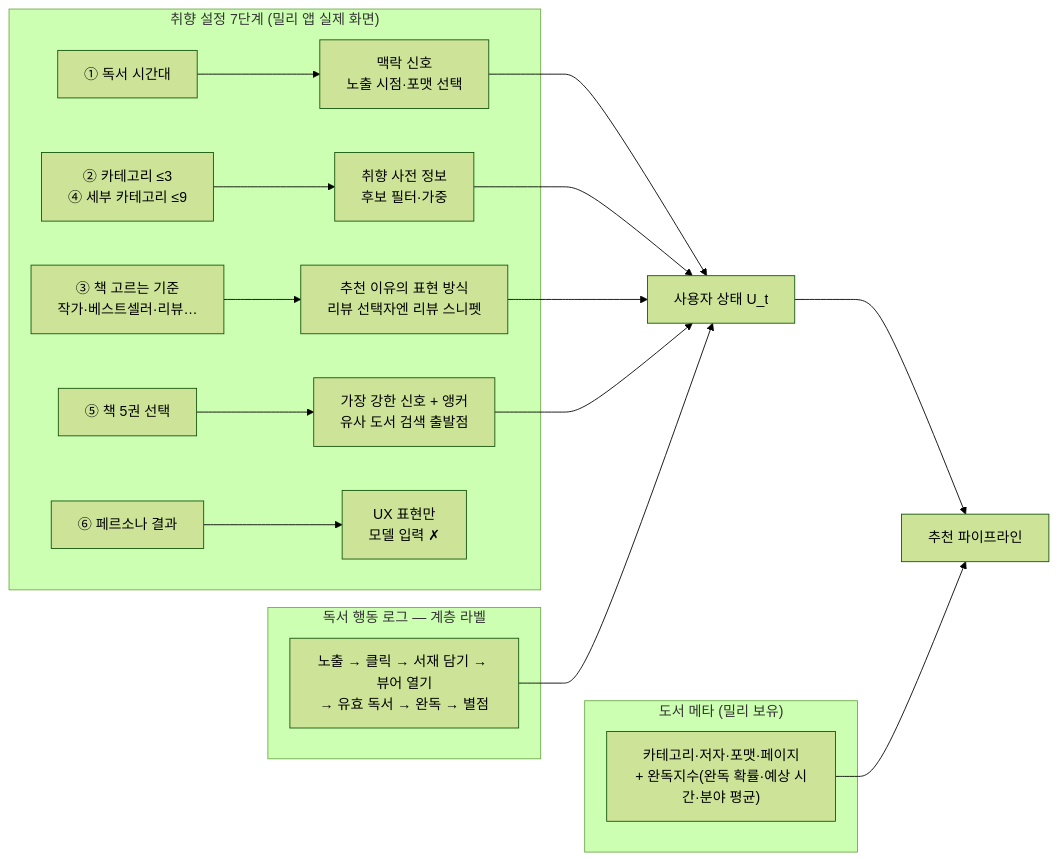
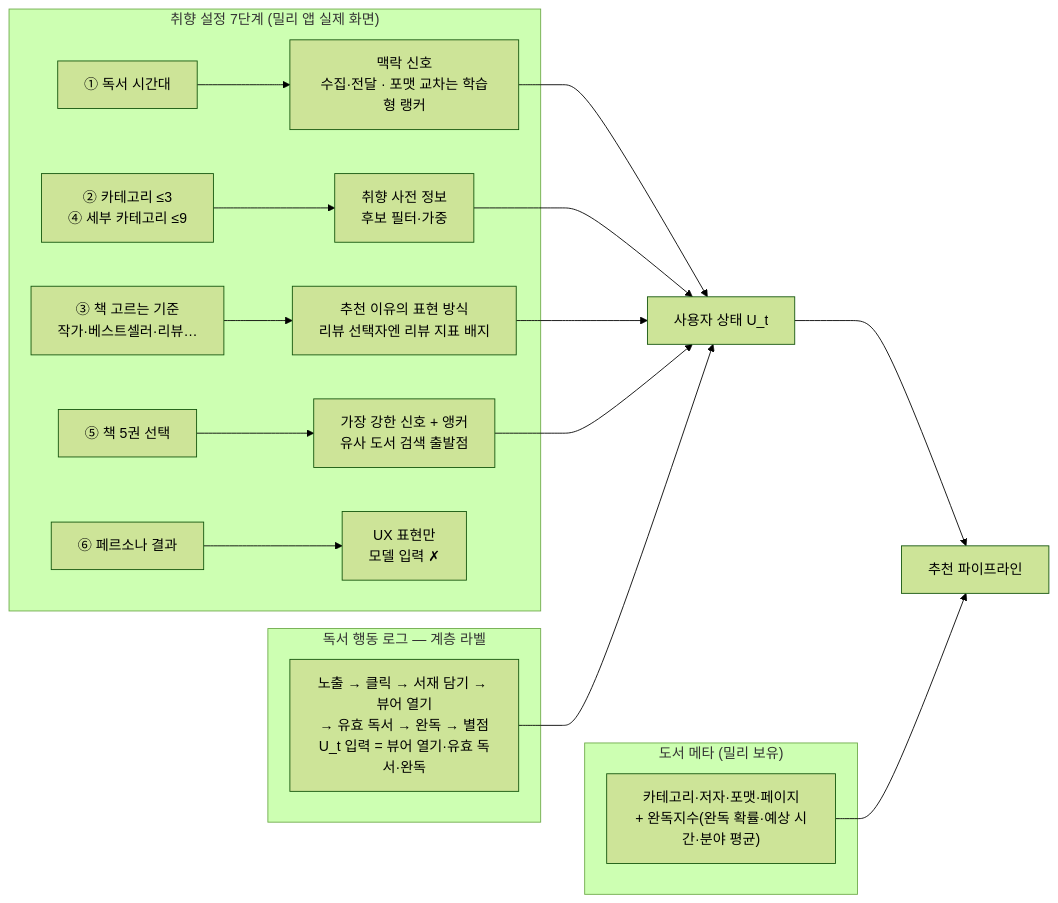
One commit to ShinWon-Chul/millie-rec changed the first of 4 diagrams in report/draft.md. Above: the diagram before and after it, drawn with Mermaid (forest theme). The commit also changed other lines of this file and 1 other file, not shown here.

````diff
--- a/report/draft.md
+++ b/report/draft.md
@@ -33,20 +33,20 @@
 ```mermaid
 flowchart LR
     subgraph S["취향 설정 7단계 (밀리 앱 실제 화면)"]
-        A["① 독서 시간대"] --> A1["맥락 신호<br/>노출 시점·포맷 선택"]
+        A["① 독서 시간대"] --> A1["맥락 신호<br/>수집·전달 · 포맷 교차는 학습형 랭커"]
         B["② 카테고리 ≤3<br/>④ 세부 카테고리 ≤9"] --> B1["취향 사전 정보<br/>후보 필터·가중"]
-        C["③ 책 고르는 기준<br/>작가·베스트셀러·리뷰…"] --> C1["추천 이유의 표현 방식<br/>리뷰 선택자엔 리뷰 스니펫"]
+        C["③ 책 고르는 기준<br/>작가·베스트셀러·리뷰…"] --> C1["추천 이유의 표현 방식<br/>리뷰 선택자엔 리뷰 지표 배지"]
         D["⑤ 책 5권 선택"] --> D1["가장 강한 신호 + 앵커<br/>유사 도서 검색 출발점"]
         E["⑥ 페르소나 결과"] --> E1["UX 표현만<br/>모델 입력 ✗"]
     end
     subgraph L["독서 행동 로그 — 계층 라벨"]
-        F["노출 → 클릭 → 서재 담기 → 뷰어 열기<br/>→ 유효 독서 → 완독 → 별점"]
+        F["노출 → 클릭 → 서재 담기 → 뷰어 열기<br/>→ 유효 독서 → 완독 → 별점<br/>U_t 입력 = 뷰어 열기·유효 독서·완독"]
     end
     subgraph M["도서 메타 (밀리 보유)"]
         G["카테고리·저자·포맷·페이지<br/>+ 완독지수(완독 확률·예상 시간·분야 평균)"]
     end
     A1 & B1 & C1 & D1 --> U["사용자 상태 U_t"]
     F --> U
     U --> P["추천 파이프라인"]
     G --> P
 ```
````
